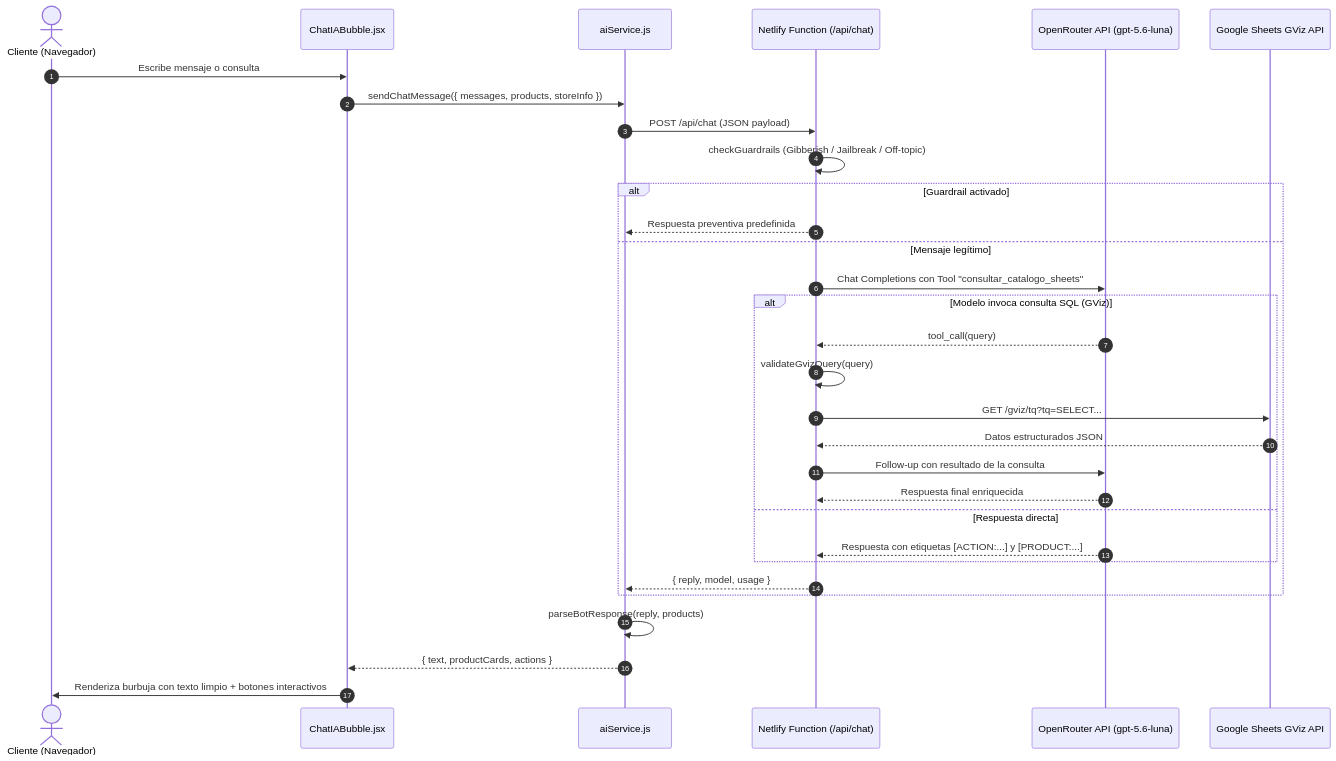
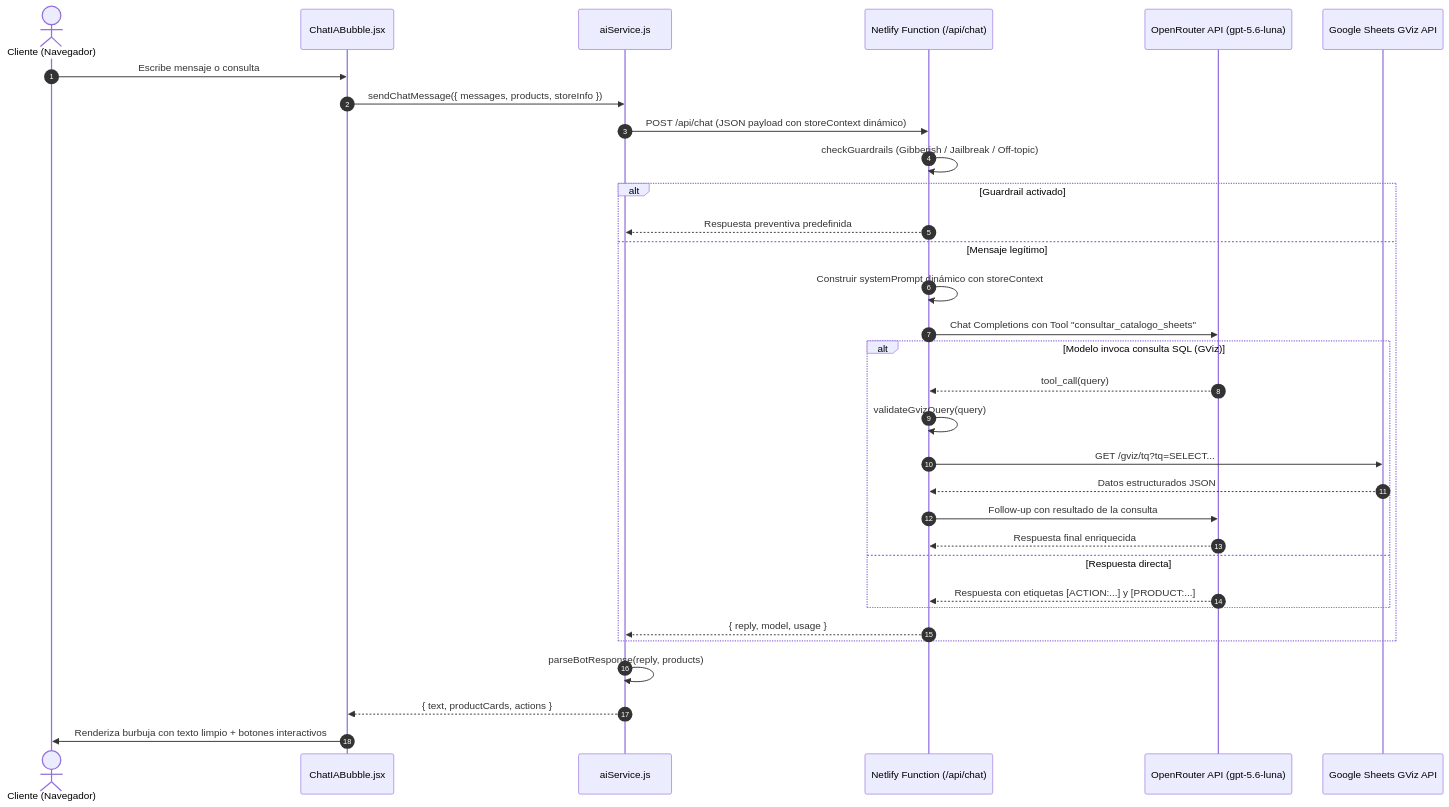
Before and after one commit to DrN25/SpartanGames-Web: the diagram in docs/chatbot.md, drawn with Mermaid. The commit also changed other lines of this file and 2 other files, not shown here.

````diff
--- a/docs/chatbot.md
+++ b/docs/chatbot.md
@@ -17,36 +17,37 @@
 ```mermaid
 sequenceDiagram
     autonumber
     actor Usuario as Cliente (Navegador)
     participant UI as ChatIABubble.jsx
     participant Service as aiService.js
     participant Serverless as Netlify Function (/api/chat)
     participant OpenRouter as OpenRouter API (gpt-5.6-luna)
     participant Sheets as Google Sheets GViz API
 
     Usuario->>UI: Escribe mensaje o consulta
     UI->>Service: sendChatMessage({ messages, products, storeInfo })
-    Service->>Serverless: POST /api/chat (JSON payload)
+    Service->>Serverless: POST /api/chat (JSON payload con storeContext dinámico)
     Serverless->>Serverless: checkGuardrails (Gibberish / Jailbreak / Off-topic)
     
     alt Guardrail activado
         Serverless-->>Service: Respuesta preventiva predefinida
     else Mensaje legítimo
+        Serverless->>Serverless: Construir systemPrompt dinámico con storeContext
         Serverless->>OpenRouter: Chat Completions con Tool "consultar_catalogo_sheets"
         alt Modelo invoca consulta SQL (GViz)
             OpenRouter-->>Serverless: tool_call(query)
             Serverless->>Serverless: validateGvizQuery(query)
             Serverless->>Sheets: GET /gviz/tq?tq=SELECT...
             Sheets-->>Serverless: Datos estructurados JSON
             Serverless->>OpenRouter: Follow-up con resultado de la consulta
             OpenRouter-->>Serverless: Respuesta final enriquecida
         else Respuesta directa
             OpenRouter-->>Serverless: Respuesta con etiquetas [ACTION:...] y [PRODUCT:...]
         end
         Serverless-->>Service: { reply, model, usage }
     end
 
     Service->>Service: parseBotResponse(reply, products)
     Service-->>UI: { text, productCards, actions }
     UI->>Usuario: Renderiza burbuja con texto limpio + botones interactivos
 ```
````
